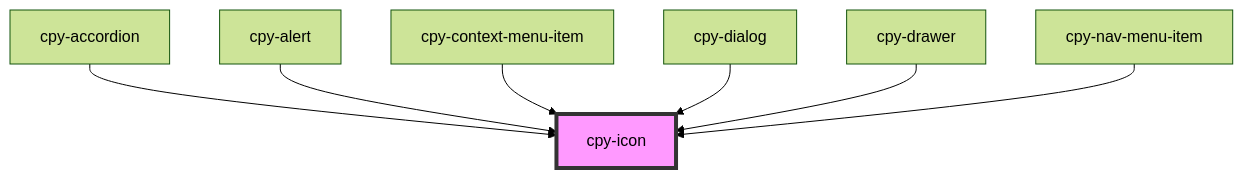
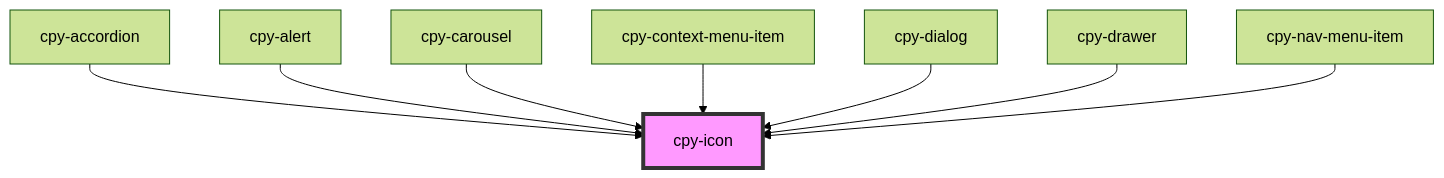
Before and after one commit to Lith1um/Canopy-Stencil: the diagram in stencil-lib/src/components/icon/readme.md, drawn with Mermaid (forest theme). The commit also changed other lines of this file and 16 other files, not shown here.

````diff
--- a/stencil-lib/src/components/icon/readme.md
+++ b/stencil-lib/src/components/icon/readme.md
@@ -20,10 +21,11 @@
 ```mermaid
 graph TD;
   cpy-accordion --> cpy-icon
   cpy-alert --> cpy-icon
+  cpy-carousel --> cpy-icon
   cpy-context-menu-item --> cpy-icon
   cpy-dialog --> cpy-icon
   cpy-drawer --> cpy-icon
   cpy-nav-menu-item --> cpy-icon
   style cpy-icon fill:#f9f,stroke:#333,stroke-width:4px
 ```
````
